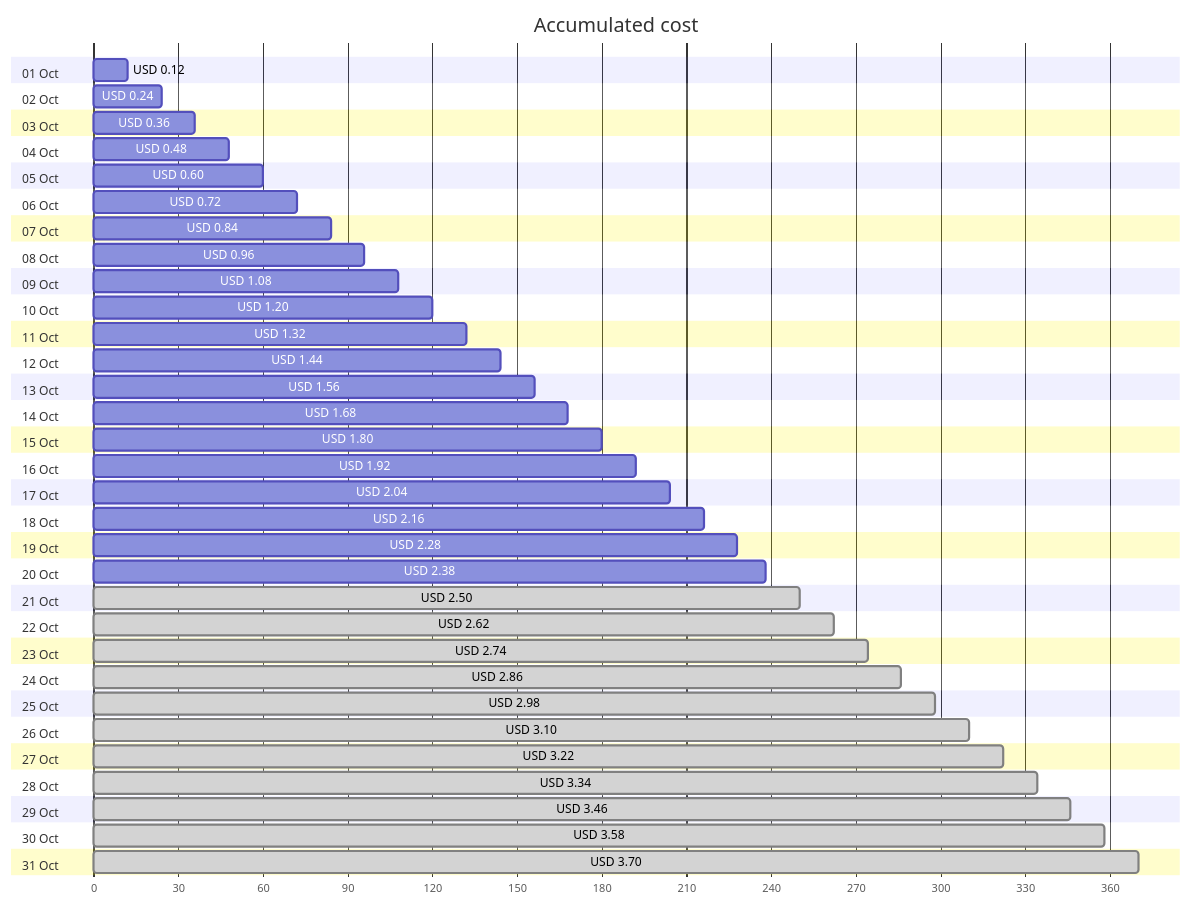
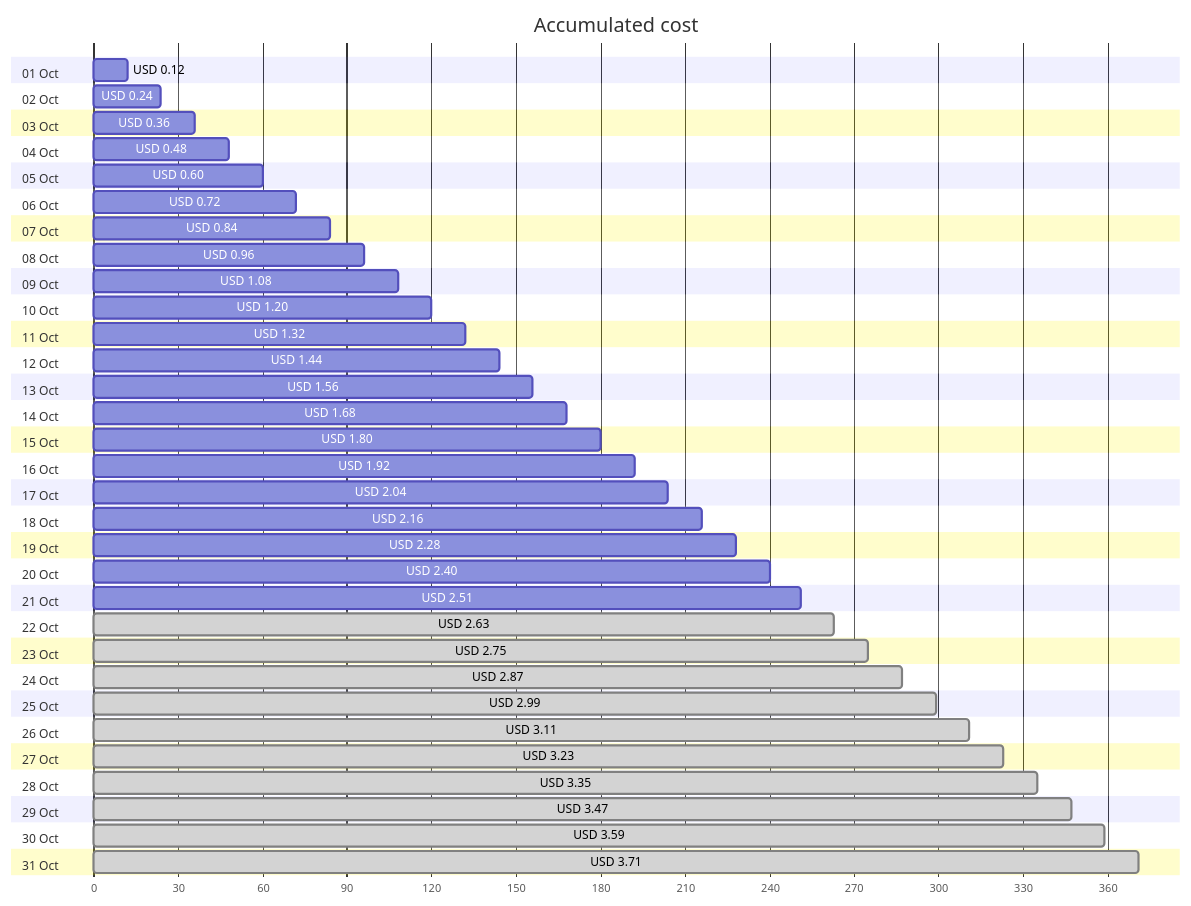
Before and after one commit to jpfulton/azure-personal-reports: the first of 4 diagrams in cost-reports/personal-network/backup-server-public-ip.md, drawn with Mermaid. The commit also changed other lines of this file and 8 other files, not shown here.

````diff
--- a/cost-reports/personal-network/backup-server-public-ip.md
+++ b/cost-reports/personal-network/backup-server-public-ip.md
@@ -20,68 +20,68 @@
 ```mermaid
 gantt
    title Accumulated cost
    dateFormat  X
    axisFormat %s
    section 01 Oct
    USD 0.12 :0, 12
    section 02 Oct
    USD 0.24 :0, 24
    section 03 Oct
    USD 0.36 :0, 36
    section 04 Oct
    USD 0.48 :0, 48
    section 05 Oct
    USD 0.60 :0, 60
    section 06 Oct
    USD 0.72 :0, 72
    section 07 Oct
    USD 0.84 :0, 84
    section 08 Oct
    USD 0.96 :0, 96
    section 09 Oct
    USD 1.08 :0, 108
    section 10 Oct
    USD 1.20 :0, 120
    section 11 Oct
    USD 1.32 :0, 132
    section 12 Oct
    USD 1.44 :0, 144
    section 13 Oct
    USD 1.56 :0, 156
    section 14 Oct
    USD 1.68 :0, 168
    section 15 Oct
    USD 1.80 :0, 180
    section 16 Oct
    USD 1.92 :0, 192
    section 17 Oct
    USD 2.04 :0, 204
    section 18 Oct
    USD 2.16 :0, 216
    section 19 Oct
    USD 2.28 :0, 228
    section 20 Oct
-   USD 2.38 :0, 238
+   USD 2.40 :0, 240
    section 21 Oct
-   USD 2.50 : done, 0, 250
+   USD 2.51 :0, 251
    section 22 Oct
-   USD 2.62 : done, 0, 262
+   USD 2.63 : done, 0, 263
    section 23 Oct
-   USD 2.74 : done, 0, 274
+   USD 2.75 : done, 0, 275
    section 24 Oct
-   USD 2.86 : done, 0, 286
+   USD 2.87 : done, 0, 287
    section 25 Oct
-   USD 2.98 : done, 0, 298
+   USD 2.99 : done, 0, 299
    section 26 Oct
-   USD 3.10 : done, 0, 310
+   USD 3.11 : done, 0, 311
    section 27 Oct
-   USD 3.22 : done, 0, 322
+   USD 3.23 : done, 0, 323
    section 28 Oct
-   USD 3.34 : done, 0, 334
+   USD 3.35 : done, 0, 335
    section 29 Oct
-   USD 3.46 : done, 0, 346
+   USD 3.47 : done, 0, 347
    section 30 Oct
-   USD 3.58 : done, 0, 358
+   USD 3.59 : done, 0, 359
    section 31 Oct
-   USD 3.70 : done, 0, 370
+   USD 3.71 : done, 0, 371
 ```
````
